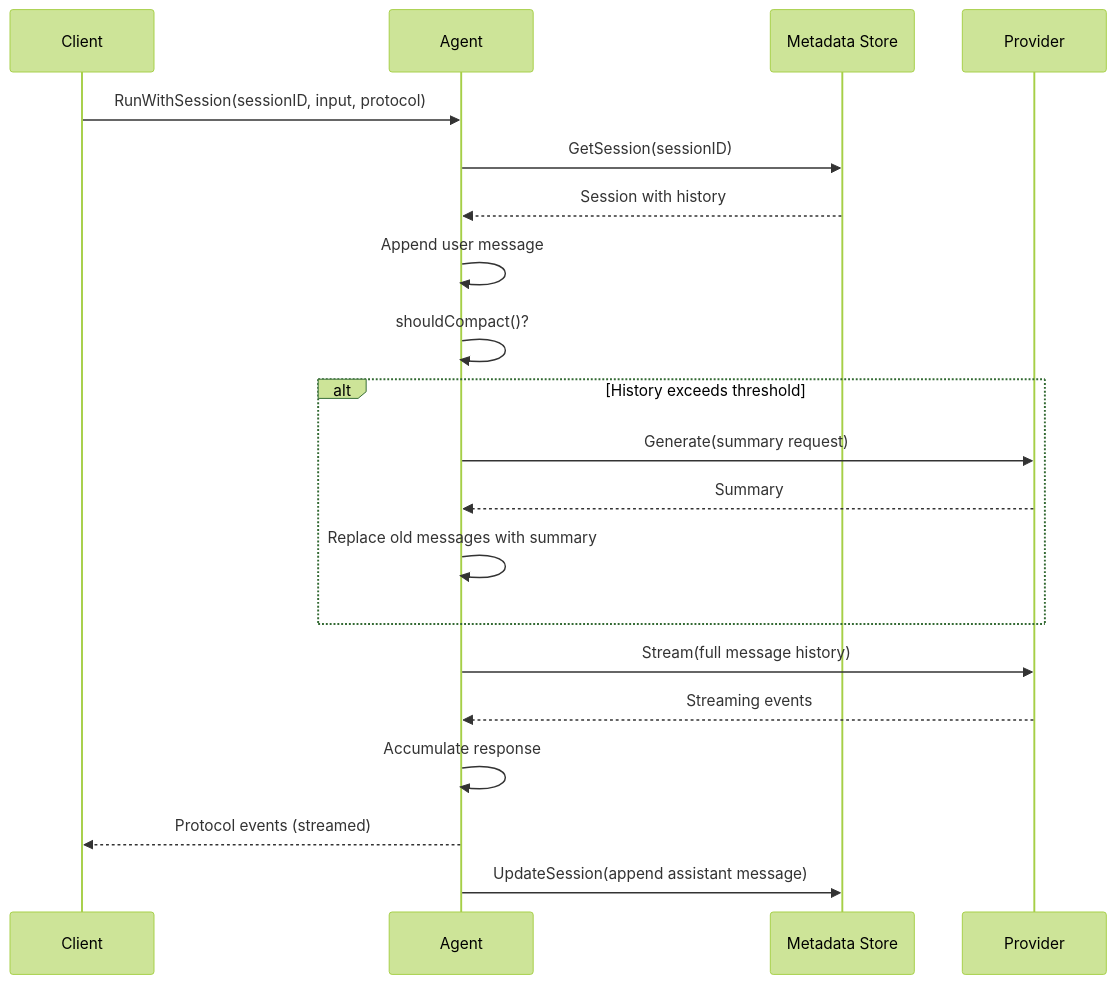
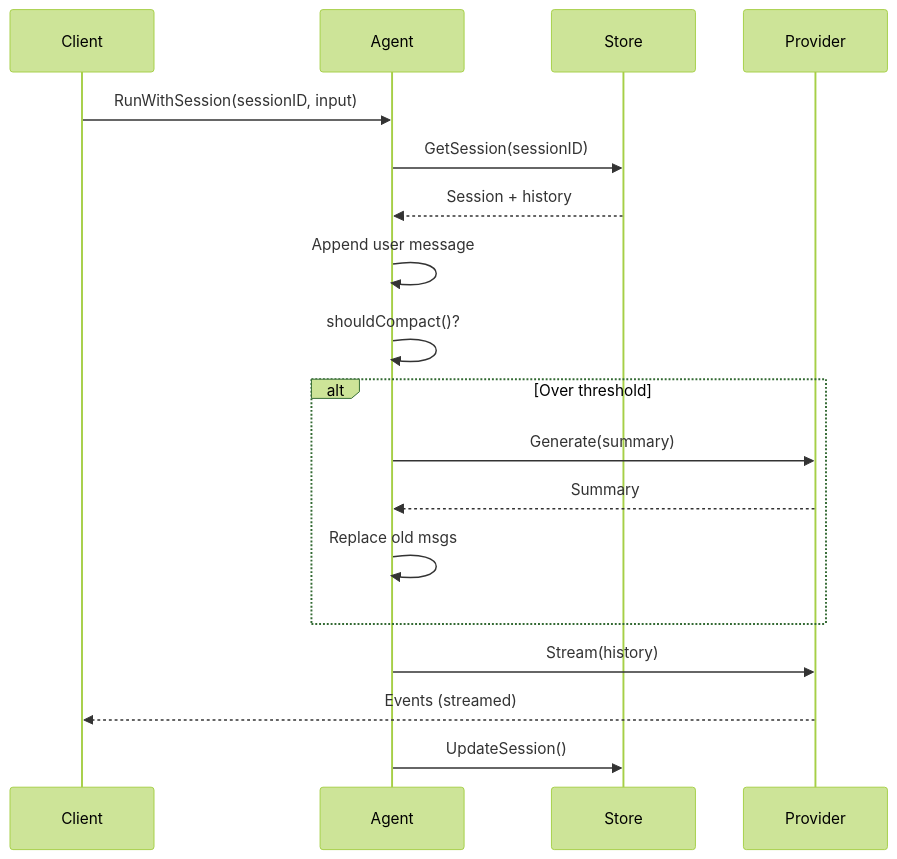
The second of 2 diagrams in docs/ARCHITECTURE.md (ratrektlabs/rakit), drawn with Mermaid (forest theme) before and after one commit. The commit also changed other lines of this file and 1 other file, not shown here.

First line of the commit message:
docs: expand README with features, simplify architecture doc

````diff
--- a/docs/ARCHITECTURE.md
+++ b/docs/ARCHITECTURE.md
@@ -55,23 +48,21 @@
 ```mermaid
 sequenceDiagram
     participant C as Client
     participant A as Agent
-    participant S as Metadata Store
+    participant S as Store
     participant P as Provider
 
-    C->>A: RunWithSession(sessionID, input, protocol)
+    C->>A: RunWithSession(sessionID, input)
     A->>S: GetSession(sessionID)
-    S-->>A: Session with history
+    S-->>A: Session + history
     A->>A: Append user message
     A->>A: shouldCompact()?
-    alt History exceeds threshold
-        A->>P: Generate(summary request)
+    alt Over threshold
+        A->>P: Generate(summary)
         P-->>A: Summary
-        A->>A: Replace old messages with summary
+        A->>A: Replace old msgs
     end
-    A->>P: Stream(full message history)
-    P-->>A: Streaming events
-    A->>A: Accumulate response
-    A-->>C: Protocol events (streamed)
-    A->>S: UpdateSession(append assistant message)
+    A->>P: Stream(history)
+    P-->>C: Events (streamed)
+    A->>S: UpdateSession()
 ```
````
